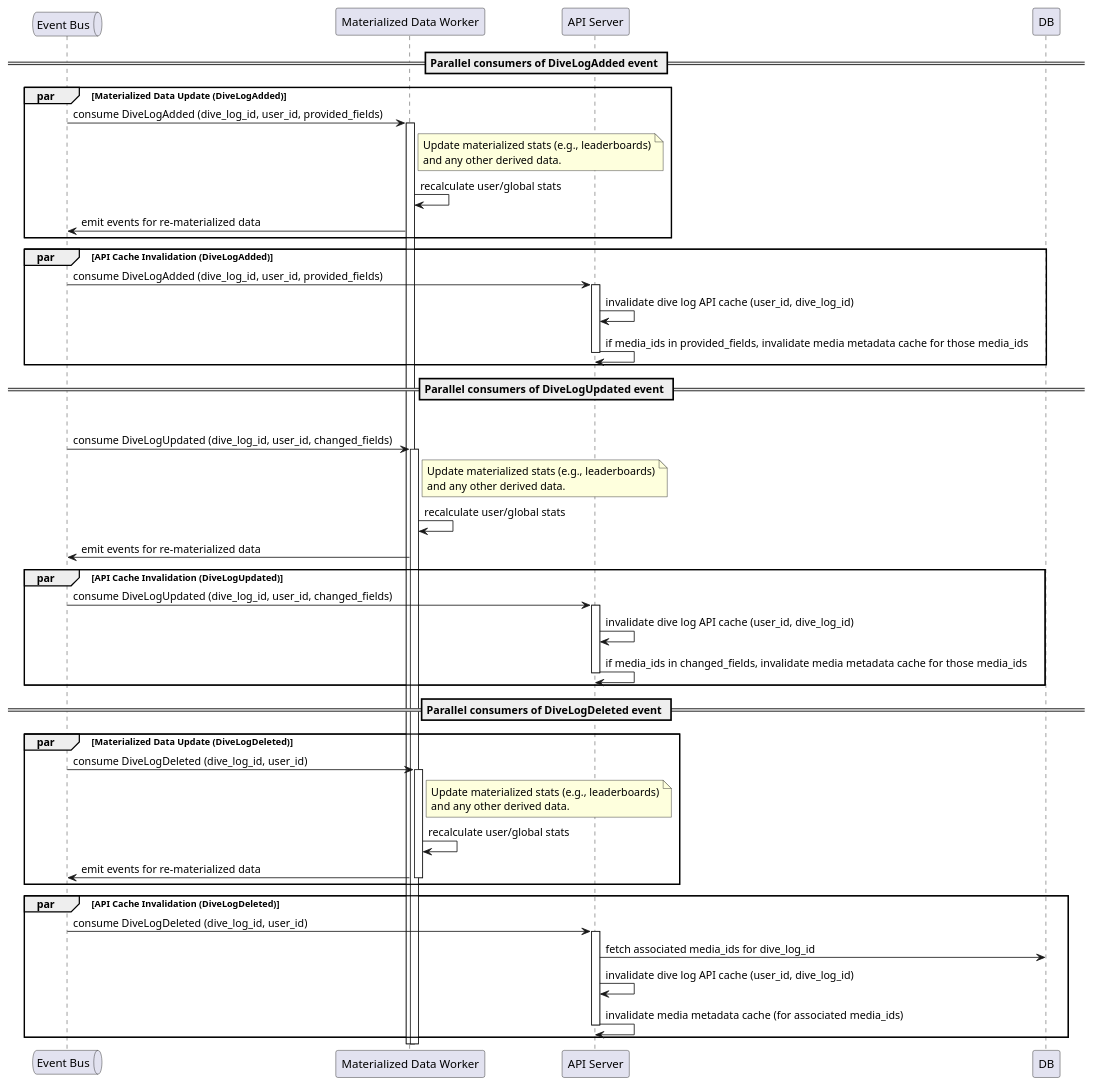
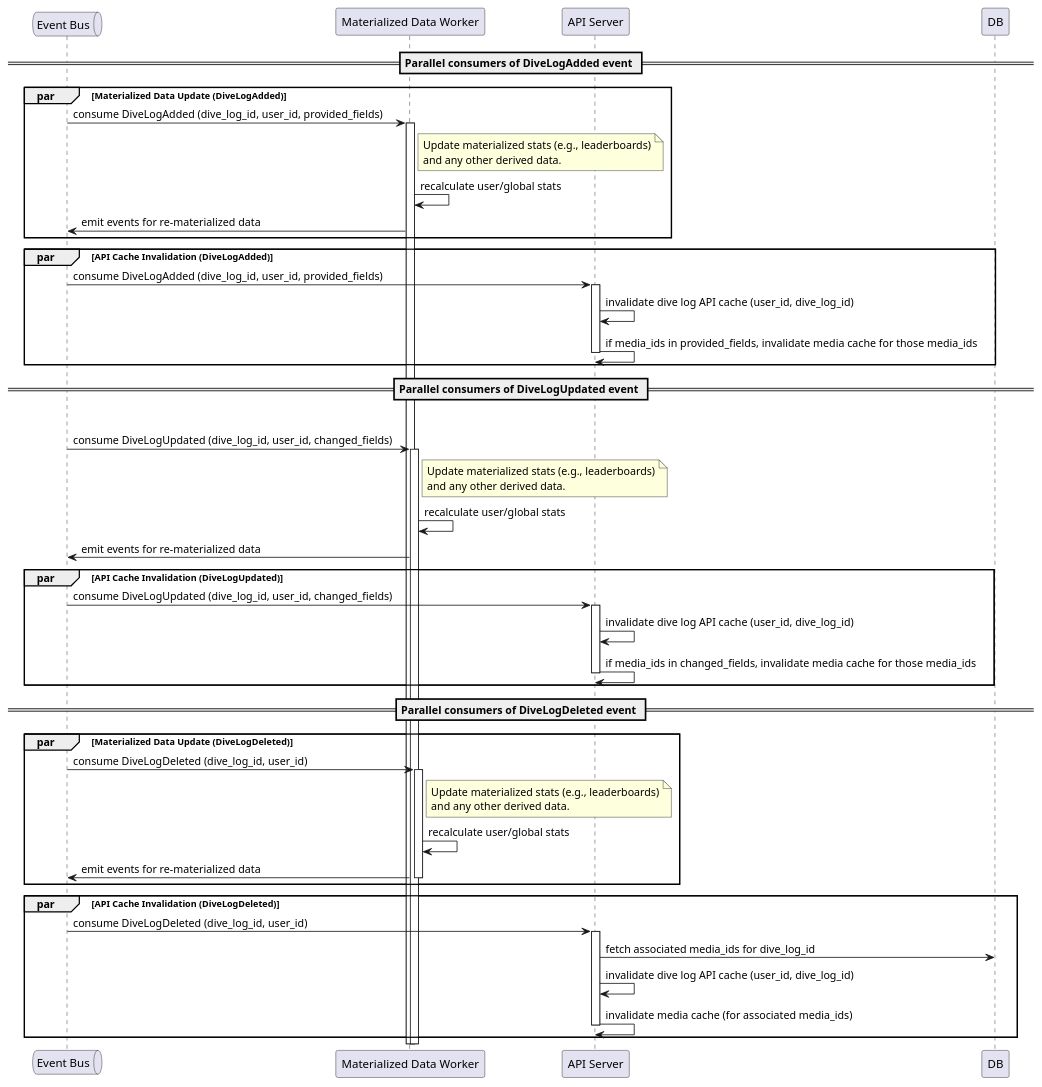
Before and after one commit to MikeF0007/reef-connect: the diagram in designs/sequences/dive_log/dive_log_event_consumers_sequence.puml, drawn with PlantUML. The commit also changed 19 other files, not shown here.

```diff
--- a/designs/sequences/dive_log/dive_log_event_consumers_sequence.puml
+++ b/designs/sequences/dive_log/dive_log_event_consumers_sequence.puml
@@ -1,69 +1,69 @@
 @startuml DiveLogAdded/Update/Deleted Event Consumers Sequence
 queue "Event Bus" as Events
 participant "Materialized Data Worker" as MaterializedDataWorker
 participant "API Server" as API
 
 
 == Parallel consumers of DiveLogAdded event ==
 par Materialized Data Update (DiveLogAdded)
     Events -> MaterializedDataWorker: consume DiveLogAdded (dive_log_id, user_id, provided_fields)
     activate MaterializedDataWorker
     note right of MaterializedDataWorker
         Update materialized stats (e.g., leaderboards)
         and any other derived data.
     end note
     MaterializedDataWorker -> MaterializedDataWorker: recalculate user/global stats
     MaterializedDataWorker -> Events: emit events for re-materialized data
 end par
 
 par API Cache Invalidation (DiveLogAdded)
     Events -> API: consume DiveLogAdded (dive_log_id, user_id, provided_fields)
     activate API
     API -> API: invalidate dive log API cache (user_id, dive_log_id)
-    API -> API: if media_ids in provided_fields, invalidate media metadata cache for those media_ids
+    API -> API: if media_ids in provided_fields, invalidate media cache for those media_ids
     deactivate API
 end par
 
 
 == Parallel consumers of DiveLogUpdated event ==
 par Materialized Data Update (DiveLogUpdated)
     Events -> MaterializedDataWorker: consume DiveLogUpdated (dive_log_id, user_id, changed_fields)
     activate MaterializedDataWorker
     note right of MaterializedDataWorker
         Update materialized stats (e.g., leaderboards)
         and any other derived data.
     end note
     MaterializedDataWorker -> MaterializedDataWorker: recalculate user/global stats
     MaterializedDataWorker -> Events: emit events for re-materialized data
 
 par API Cache Invalidation (DiveLogUpdated)
     Events -> API: consume DiveLogUpdated (dive_log_id, user_id, changed_fields)
     activate API
     API -> API: invalidate dive log API cache (user_id, dive_log_id)
-    API -> API: if media_ids in changed_fields, invalidate media metadata cache for those media_ids
+    API -> API: if media_ids in changed_fields, invalidate media cache for those media_ids
     deactivate API
 end par
 
 
 == Parallel consumers of DiveLogDeleted event ==
 par Materialized Data Update (DiveLogDeleted)
     Events -> MaterializedDataWorker: consume DiveLogDeleted (dive_log_id, user_id)
     activate MaterializedDataWorker
     note right of MaterializedDataWorker
         Update materialized stats (e.g., leaderboards)
         and any other derived data.
     end note
     MaterializedDataWorker -> MaterializedDataWorker: recalculate user/global stats
     MaterializedDataWorker -> Events: emit events for re-materialized data
     deactivate MaterializedDataWorker
 end par
 
 par API Cache Invalidation (DiveLogDeleted)
     Events -> API: consume DiveLogDeleted (dive_log_id, user_id)
     activate API
     API -> DB: fetch associated media_ids for dive_log_id
     API -> API: invalidate dive log API cache (user_id, dive_log_id)
-    API -> API: invalidate media metadata cache (for associated media_ids)
+    API -> API: invalidate media cache (for associated media_ids)
     deactivate API
 end par
 @enduml
```
